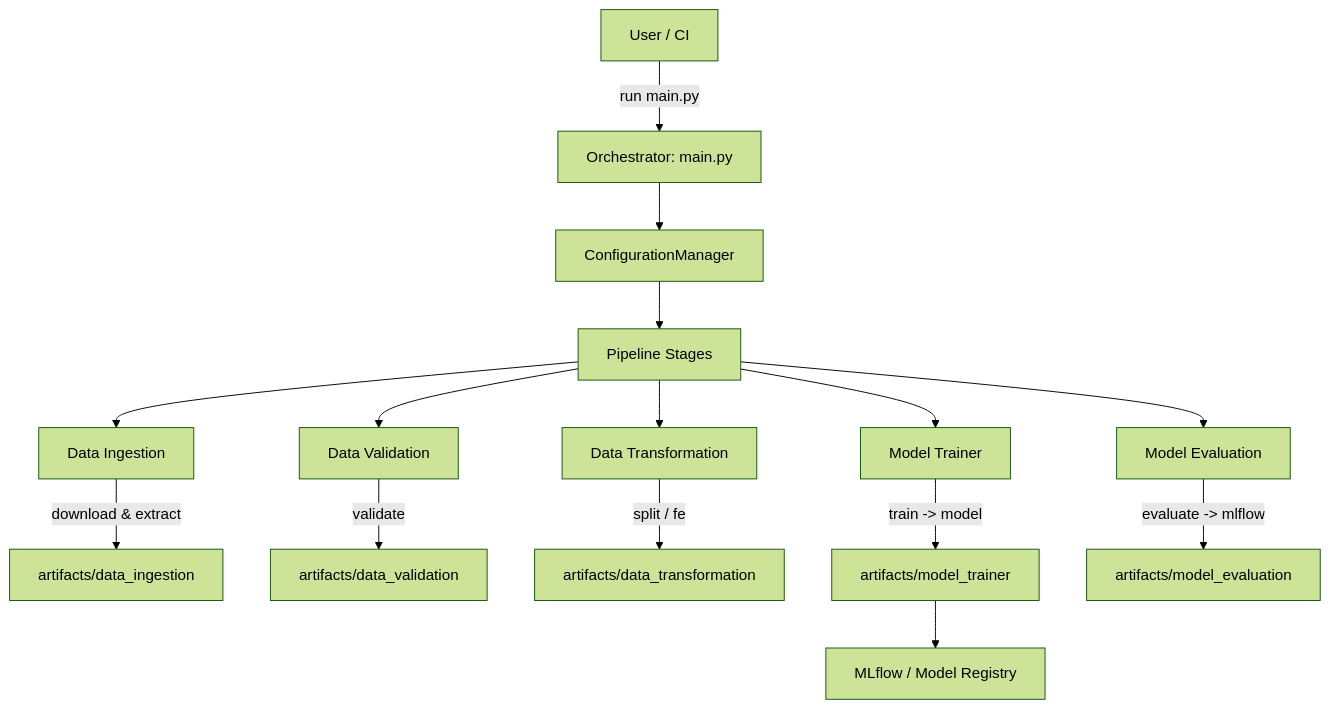
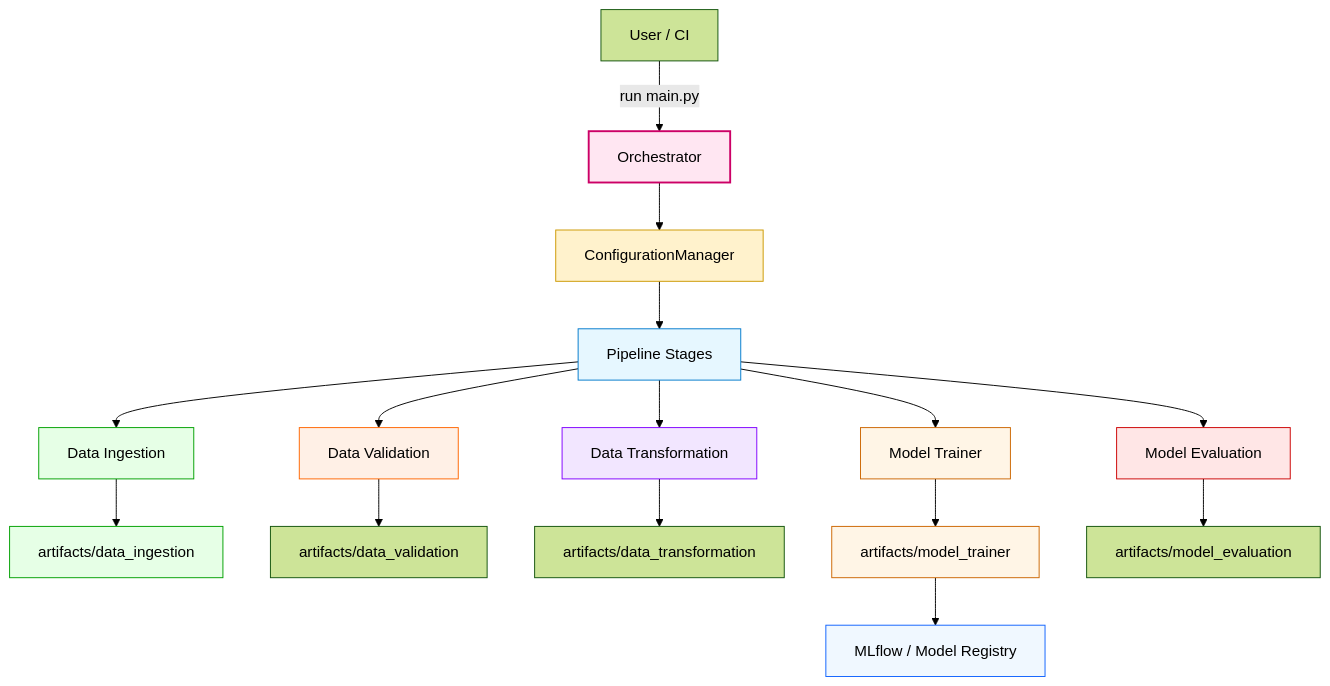
The diagram in readme.md (Hamzakhan001/mlops-datascience), drawn with Mermaid (forest theme) before and after one commit. The commit also changed other lines of this file, not shown here.

````diff
--- a/readme.md
+++ b/readme.md
@@ -28,17 +24,32 @@
 ```mermaid
 flowchart TD
-  U[User / CI] -->|run main.py| Orchestrator[Orchestrator: main.py]
+  U[User / CI] -->|run main.py| Orchestrator[Orchestrator]
   Orchestrator --> Config[ConfigurationManager]
   Config --> PipelineManager[Pipeline Stages]
   PipelineManager --> DI[Data Ingestion]
   PipelineManager --> DV[Data Validation]
   PipelineManager --> DT[Data Transformation]
   PipelineManager --> MT[Model Trainer]
   PipelineManager --> ME[Model Evaluation]
-  DI -->|download & extract| ArtifactsRaw[artifacts/data_ingestion]
-  DV -->|validate| ArtifactsVal[artifacts/data_validation]
-  DT -->|split / fe| ArtifactsTrans[artifacts/data_transformation]
-  MT -->|train -> model| ArtifactsModel[artifacts/model_trainer]
-  ME -->|evaluate -> mlflow| ArtifactsEval[artifacts/model_evaluation]
+
+  DI --> ArtifactsRaw[artifacts/data_ingestion]
+  DV --> ArtifactsVal[artifacts/data_validation]
+  DT --> ArtifactsTrans[artifacts/data_transformation]
+  MT --> ArtifactsModel[artifacts/model_trainer]
+  ME --> ArtifactsEval[artifacts/model_evaluation]
+
   ArtifactsModel --> MLFlow[MLflow / Model Registry]
+
+  %% Styling
+  style Orchestrator fill:#ffe6f2,stroke:#cc0066,stroke-width:2px
+  style Config fill:#fff2cc,stroke:#cc9900
+  style PipelineManager fill:#e6f7ff,stroke:#007acc
+  style DI fill:#e6ffe6,stroke:#00a000
+  style DV fill:#fff0e6,stroke:#ff6600
+  style DT fill:#f2e6ff,stroke:#8000ff
+  style MT fill:#fff5e6,stroke:#cc6600
+  style ME fill:#ffe6e6,stroke:#cc0000
+  style ArtifactsRaw fill:#e6ffe6,stroke:#00a000
+  style ArtifactsModel fill:#fff5e6,stroke:#cc6600
+  style MLFlow fill:#f0f8ff,stroke:#0f62fe
 ```
````
